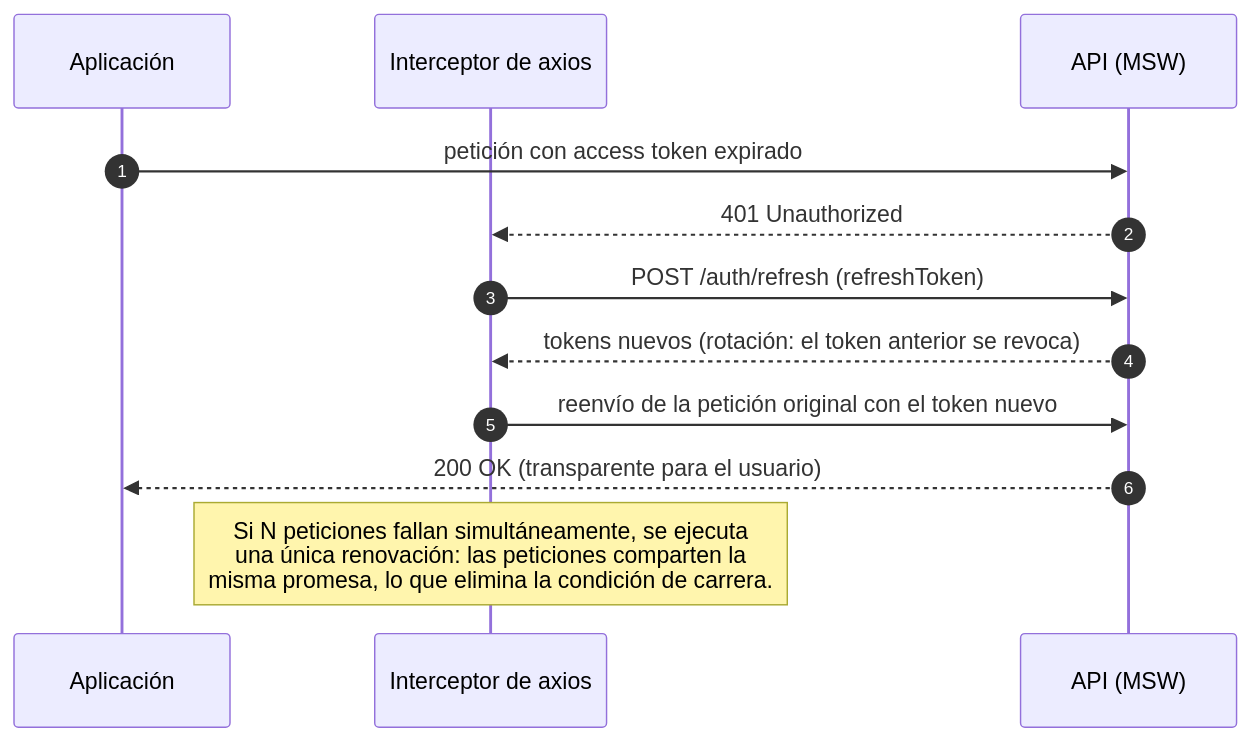
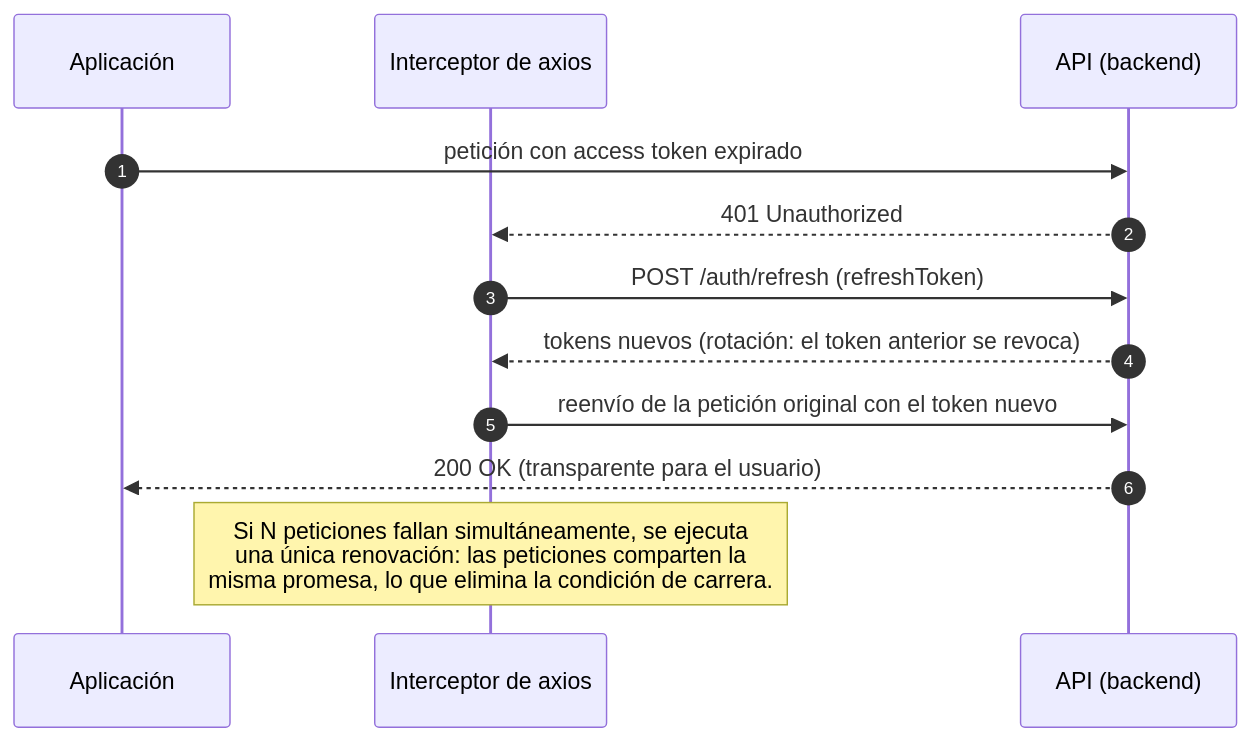
Before and after one commit to JoseAlejandro0508/Smart-Routes: the second of 3 diagrams in frontend/README.md, drawn with Mermaid. The commit also changed other lines of this file and 5 other files, not shown here.

````diff
--- a/frontend/README.md
+++ b/frontend/README.md
@@ -144,16 +137,16 @@
 ```mermaid
 sequenceDiagram
     autonumber
     participant App as Aplicación
     participant Int as Interceptor de axios
-    participant API as API (MSW)
+    participant API as API (backend)
 
     App->>API: petición con access token expirado
     API-->>Int: 401 Unauthorized
     Int->>API: POST /auth/refresh (refreshToken)
     API-->>Int: tokens nuevos (rotación: el token anterior se revoca)
     Int->>API: reenvío de la petición original con el token nuevo
     API-->>App: 200 OK (transparente para el usuario)
 
     Note over Int: Si N peticiones fallan simultáneamente, se ejecuta<br/>una única renovación: las peticiones comparten la<br/>misma promesa, lo que elimina la condición de carrera.
 ```
````
